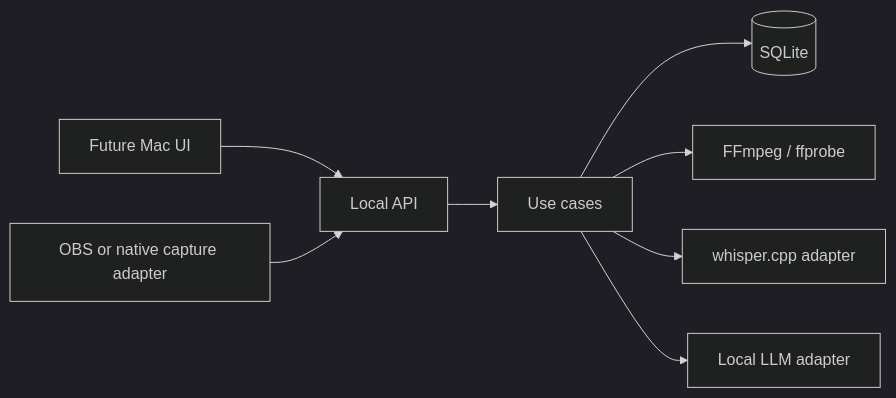
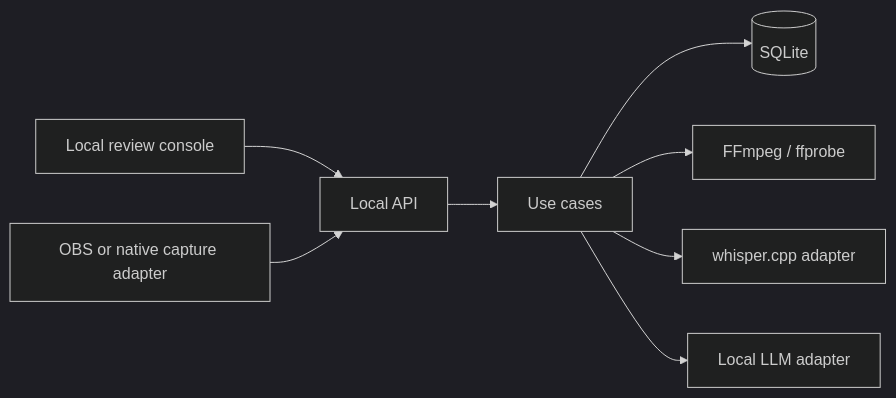
One commit to matthewli-lkm/video-edit-automation changed the first of 2 diagrams in docs/ARCHITECTURE.md. Above: the diagram before and after it, drawn with Mermaid (dark theme). The commit also changed other lines of this file and 61 other files, not shown here.

````diff
--- a/docs/ARCHITECTURE.md
+++ b/docs/ARCHITECTURE.md
@@ -16,10 +16,10 @@
 ```mermaid
 flowchart LR
-    UI["Future Mac UI"] --> API["Local API"]
+    UI["Local review console"] --> API["Local API"]
     CAP["OBS or native capture adapter"] --> API
     API --> APP["Use cases"]
     APP --> DB[("SQLite")]
     APP --> MEDIA["FFmpeg / ffprobe"]
     APP --> STT["whisper.cpp adapter"]
     APP --> LLM["Local LLM adapter"]
 ```
````
